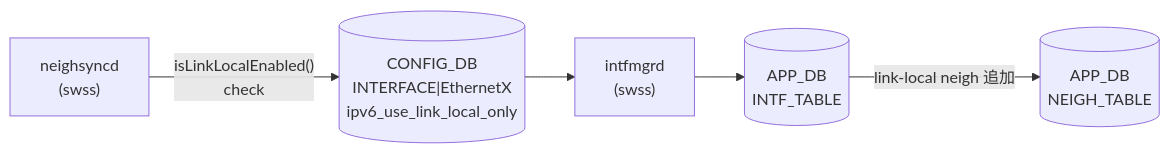
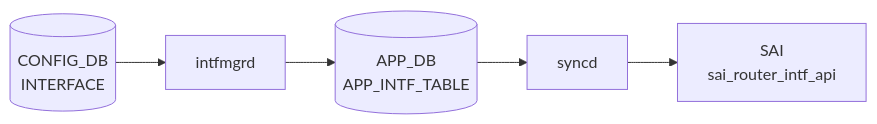
One commit to aoki-taquan/sonic-unofficial-docs changed the first of 2 diagrams in docs/reference/config-db/ipv6-link-local.md. Above: the diagram before and after it, drawn with Mermaid. The commit also changed other lines of this file and 359 other files, not shown here.

````diff
--- a/docs/reference/config-db/ipv6-link-local.md
+++ b/docs/reference/config-db/ipv6-link-local.md
@@ -47,13 +47,12 @@
 ```mermaid
 flowchart LR
-  CDB[("CONFIG_DB\nINTERFACE|EthernetX\nipv6_use_link_local_only")]
-  intfmgr["intfmgrd\n(swss)"]
-  APPDB[("APP_DB\nINTF_TABLE")]
-  neighsyncd["neighsyncd\n(swss)"]
-  NEIGH[("APP_DB\nNEIGH_TABLE")]
-
-  CDB --> intfmgr
-  intfmgr --> APPDB
-  neighsyncd -->|"isLinkLocalEnabled()\ncheck"| CDB
-  APPDB -->|link-local neigh 追加| NEIGH
+  CDB[("CONFIG_DB<br/>INTERFACE")]
+  DM["intfmgrd"]
+  CDB --> DM
+  APPDB[("APP_DB<br/>APP_INTF_TABLE")]
+  DM --> APPDB
+  SYNCD["syncd"]
+  APPDB --> SYNCD
+  SAI["SAI<br/>sai_router_intf_api"]
+  SYNCD --> SAI
 ```
````
